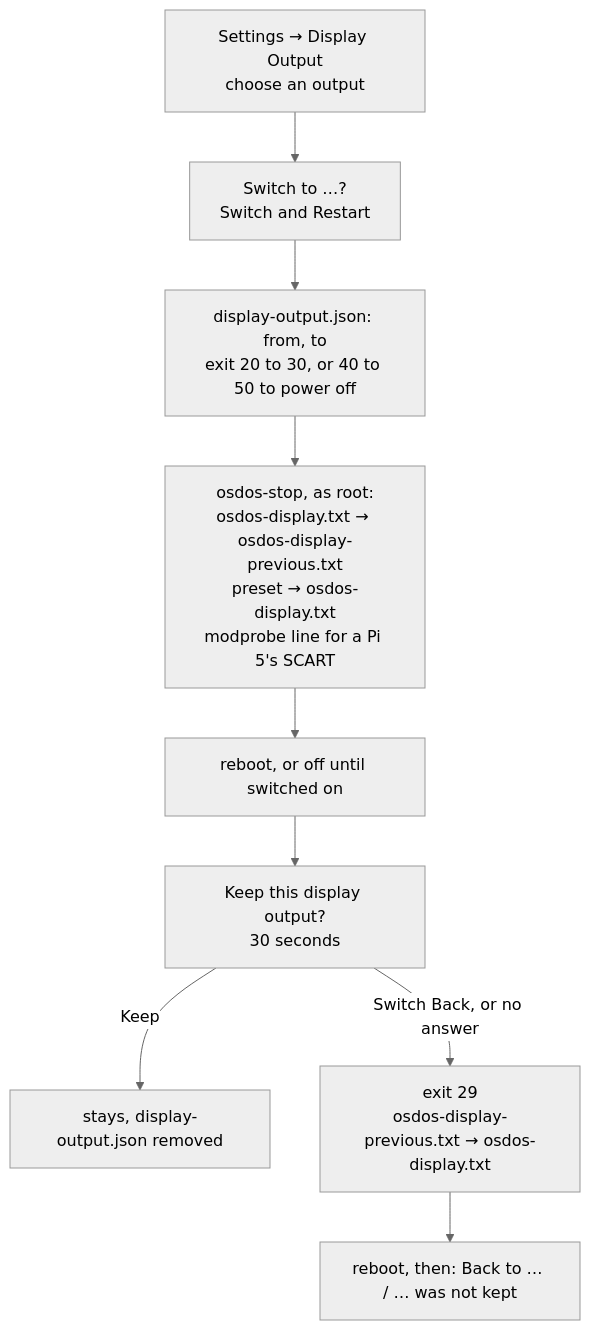
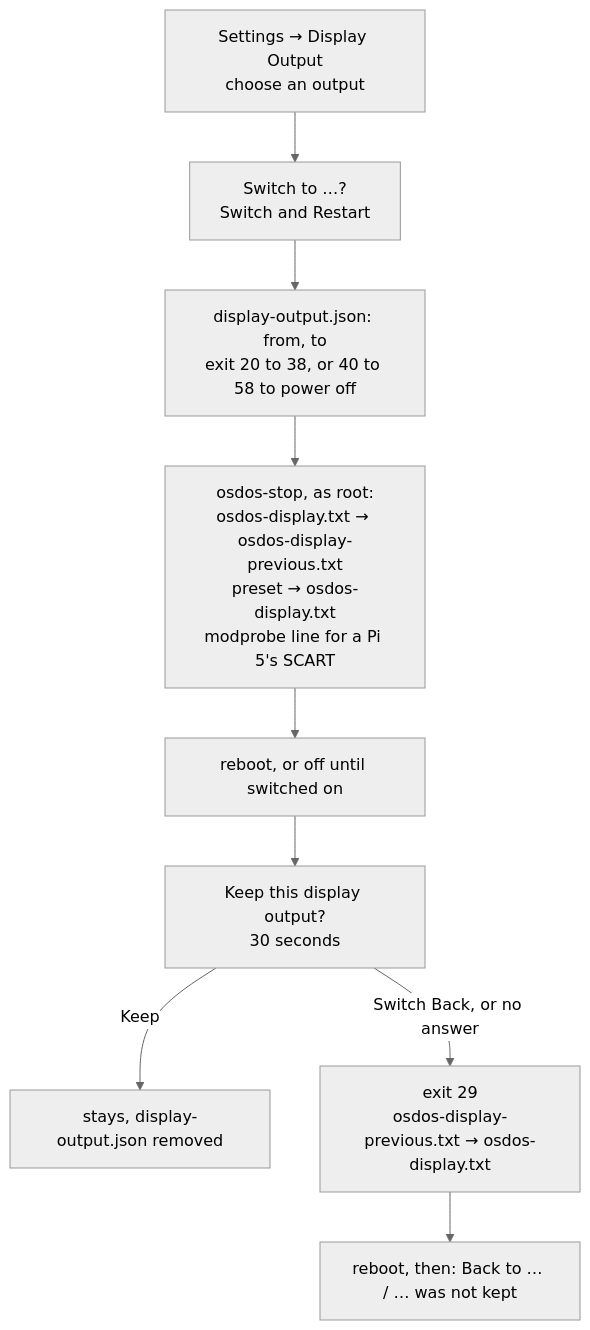
Before and after one commit to mehmetraif/OSD-OS: the first of 2 diagrams in docs/wiki/Display-Output.md, drawn with Mermaid (neutral theme). The commit also changed other lines of this file and 23 other files, not shown here.

````diff
--- a/docs/wiki/Display-Output.md
+++ b/docs/wiki/Display-Output.md
@@ -115,11 +126,11 @@
 ```mermaid
 flowchart TD
     A["Settings → Display Output<br/>choose an output"] --> B["Switch to …?<br/>Switch and Restart"]
-    B --> C["display-output.json: from, to<br/>exit 20 to 30, or 40 to 50 to power off"]
+    B --> C["display-output.json: from, to<br/>exit 20 to 38, or 40 to 58 to power off"]
     C --> D["osdos-stop, as root:<br/>osdos-display.txt → osdos-display-previous.txt<br/>preset → osdos-display.txt<br/>modprobe line for a Pi 5's SCART"]
     D --> E["reboot, or off until switched on"]
     E --> F["Keep this display output?<br/>30 seconds"]
     F -- "Keep" --> G["stays, display-output.json removed"]
     F -- "Switch Back, or no answer" --> H["exit 29<br/>osdos-display-previous.txt → osdos-display.txt"]
     H --> I["reboot, then: Back to … / … was not kept"]
 ```
````
